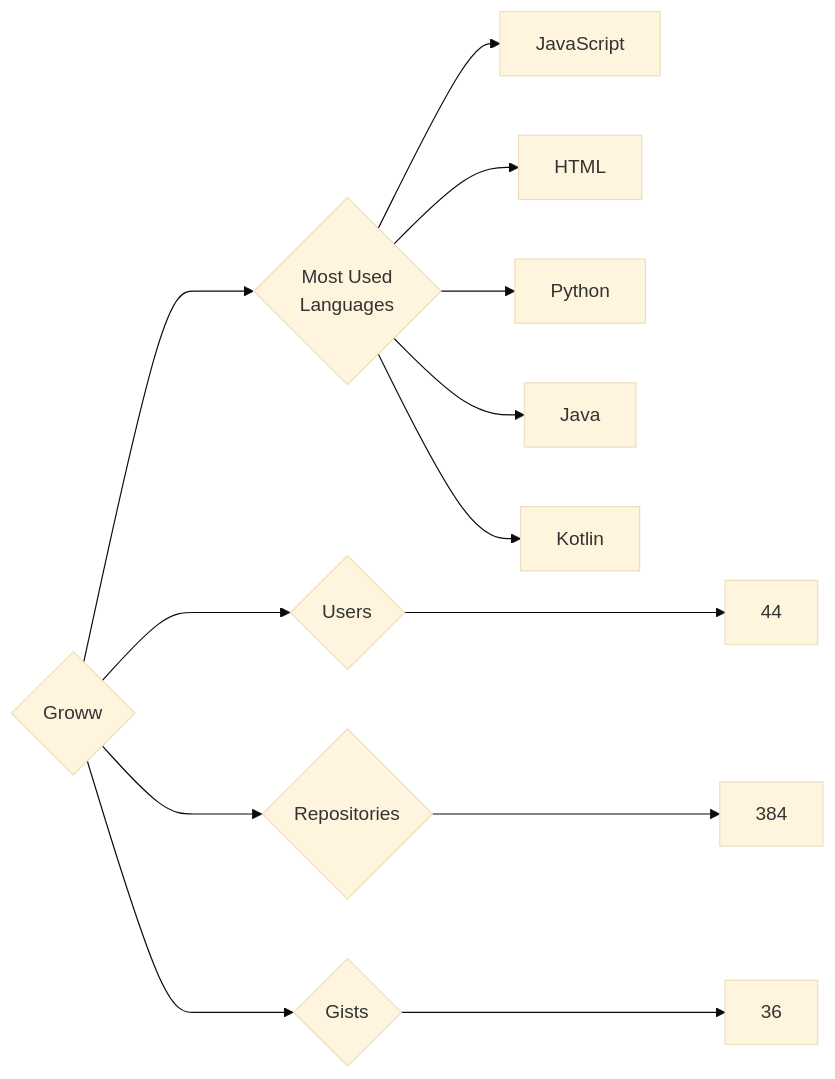
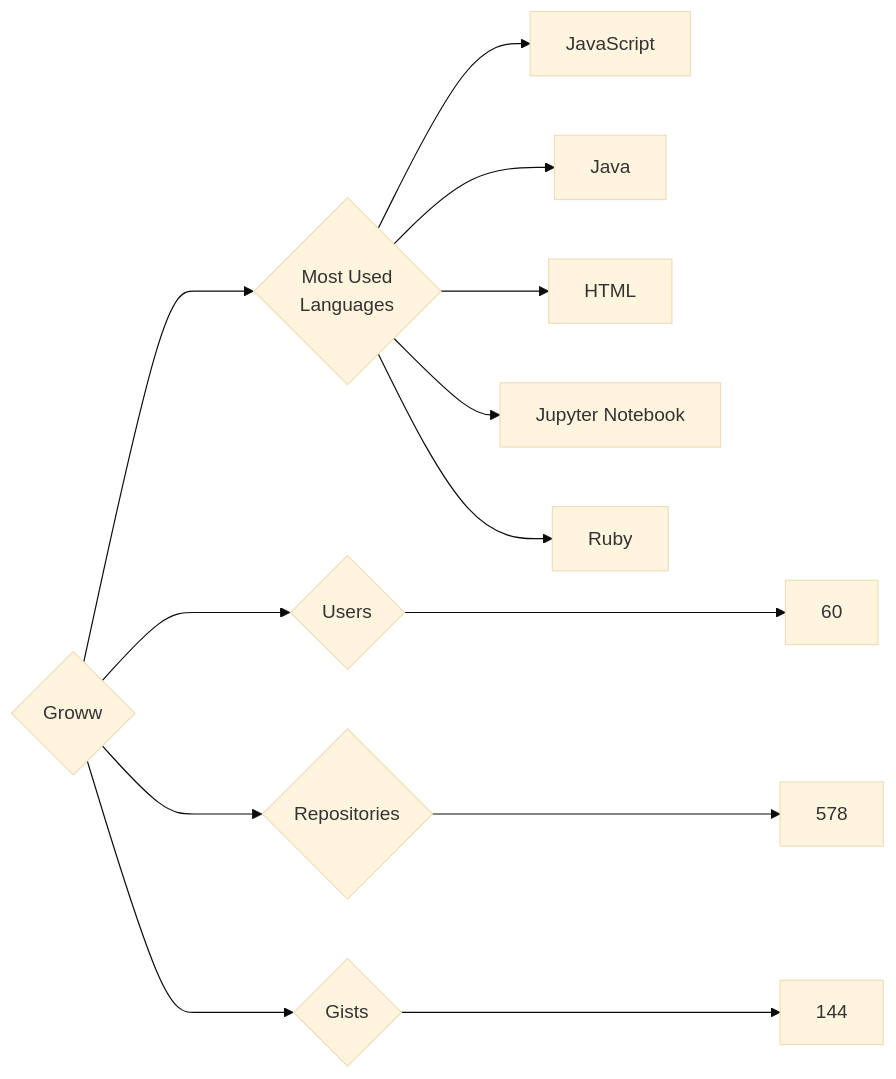
The diagram in targets/Groww/README.md (trickest/insiders), drawn with Mermaid (base theme) before and after one commit. The commit also changed 749 other files, not shown here.

````diff
--- a/targets/Groww/README.md
+++ b/targets/Groww/README.md
@@ -3,13 +3,13 @@
 ```mermaid
 graph LR
 COMPANY_NAME{Groww}
-COMPANY_NAME ---> U{Users} ---> UN[44]
-COMPANY_NAME ---> R{Repositories} ---> RN[384]
-COMPANY_NAME ---> G{Gists} ---> GN[36]
+COMPANY_NAME ---> U{Users} ---> UN[60]
+COMPANY_NAME ---> R{Repositories} ---> RN[578]
+COMPANY_NAME ---> G{Gists} ---> GN[144]
 COMPANY_NAME ---> ML{Most Used<br>Languages}
 ML --> JavaScript[JavaScript]
+ML --> Java[Java]
 ML --> HTML[HTML]
-ML --> Python[Python]
-ML --> Java[Java]
-ML --> Kotlin[Kotlin]
+ML --> Jupyter_Notebook[Jupyter Notebook]
+ML --> Ruby[Ruby]
 ```
````
